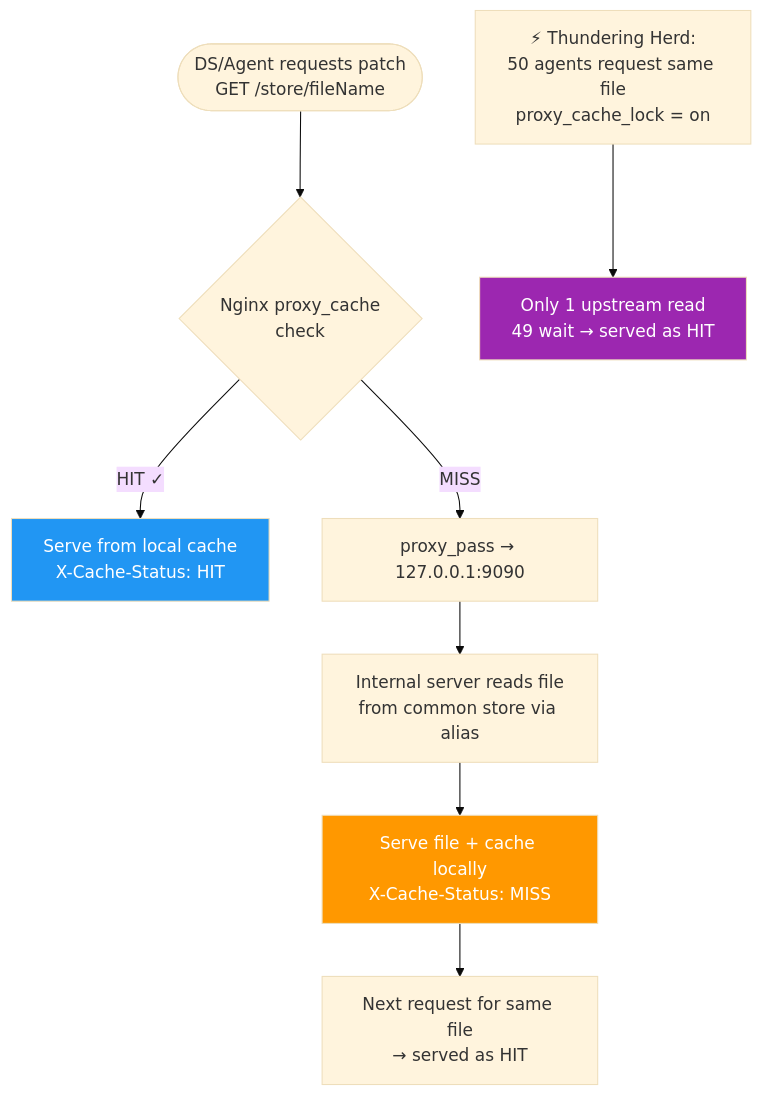
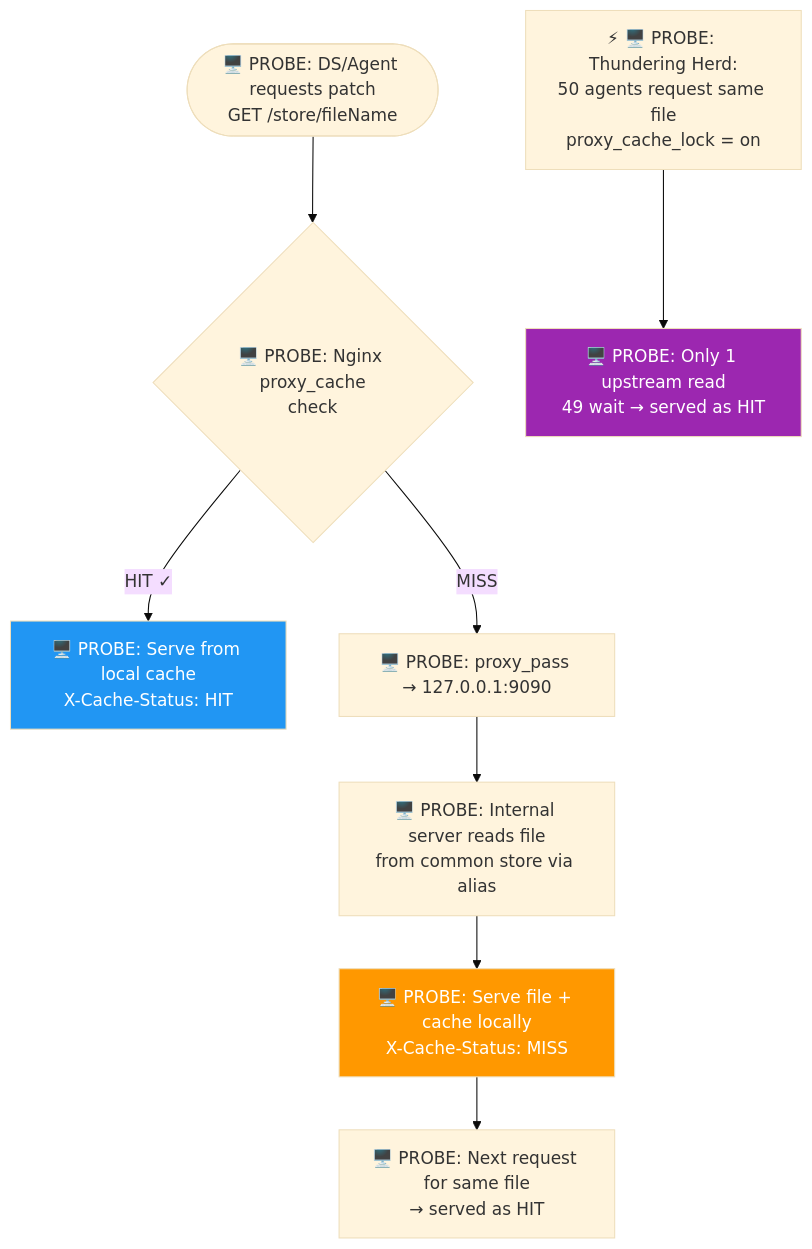
Diagram 15 of 29 in use-case-diagrams.md (ranjithkumar-a-23525/RebaseEx), drawn with Mermaid (base theme) before and after one commit. The commit also changed other lines of this file, not shown here.

````diff
--- a/use-case-diagrams.md
+++ b/use-case-diagrams.md
@@ -289,15 +289,15 @@
 ```mermaid
 flowchart TD
-    A([DS/Agent requests patch<br/>GET /store/fileName]) --> B{Nginx proxy_cache<br/>check}
-    B -->|HIT ✓| C["Serve from local cache<br/>X-Cache-Status: HIT"]
-    B -->|MISS| D["proxy_pass → 127.0.0.1:9090"]
-    D --> E[Internal server reads file<br/>from common store via alias]
-    E --> F["Serve file + cache locally<br/>X-Cache-Status: MISS"]
-    F --> G[Next request for same file<br/>→ served as HIT]
+    A(["🖥️ PROBE: DS/Agent requests patch<br/>GET /store/fileName"]) --> B{"🖥️ PROBE: Nginx proxy_cache<br/>check"}
+    B -->|"HIT ✓"| C["🖥️ PROBE: Serve from local cache<br/>X-Cache-Status: HIT"]
+    B -->|MISS| D["🖥️ PROBE: proxy_pass → 127.0.0.1:9090"]
+    D --> E["🖥️ PROBE: Internal server reads file<br/>from common store via alias"]
+    E --> F["🖥️ PROBE: Serve file + cache locally<br/>X-Cache-Status: MISS"]
+    F --> G["🖥️ PROBE: Next request for same file<br/>→ served as HIT"]
 
-    H["⚡ Thundering Herd:<br/>50 agents request same file<br/>proxy_cache_lock = on"] --> I["Only 1 upstream read<br/>49 wait → served as HIT"]
+    H["⚡ 🖥️ PROBE: Thundering Herd:<br/>50 agents request same file<br/>proxy_cache_lock = on"] --> I["🖥️ PROBE: Only 1 upstream read<br/>49 wait → served as HIT"]
 
     style C fill:#2196F3,color:#fff
     style F fill:#FF9800,color:#fff
     style I fill:#9C27B0,color:#fff
 ```
````
